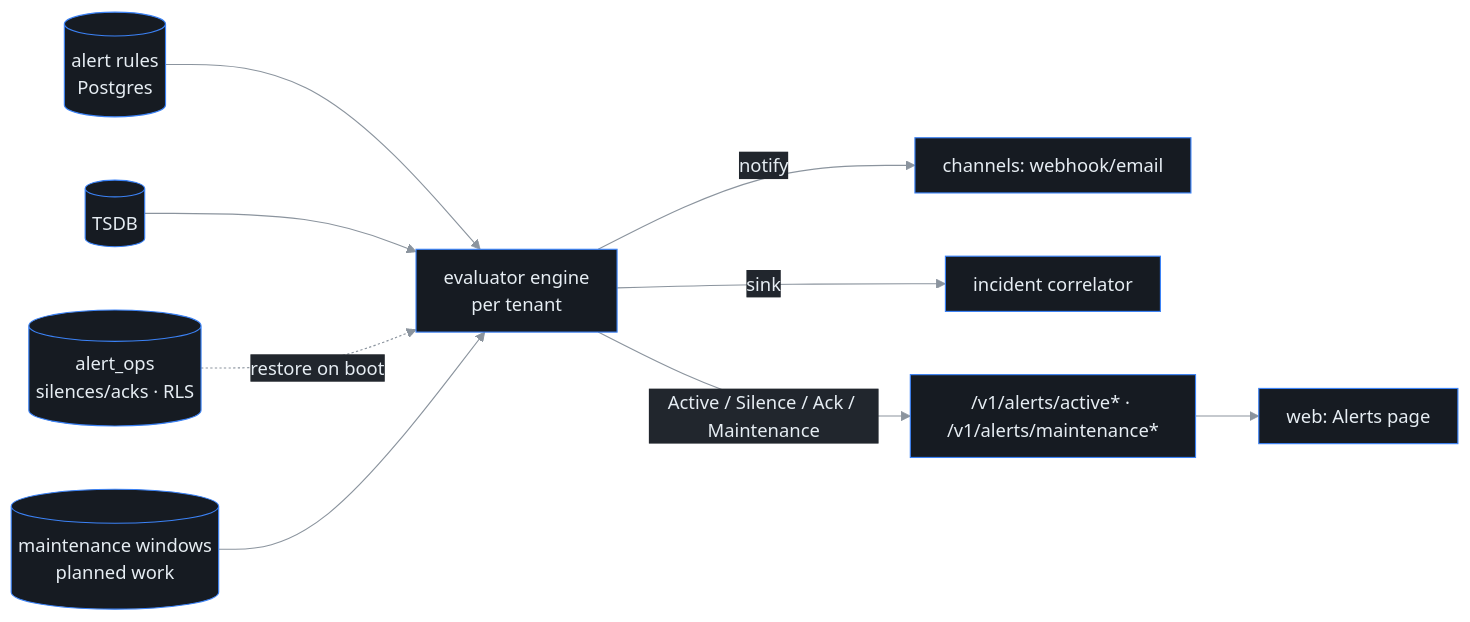
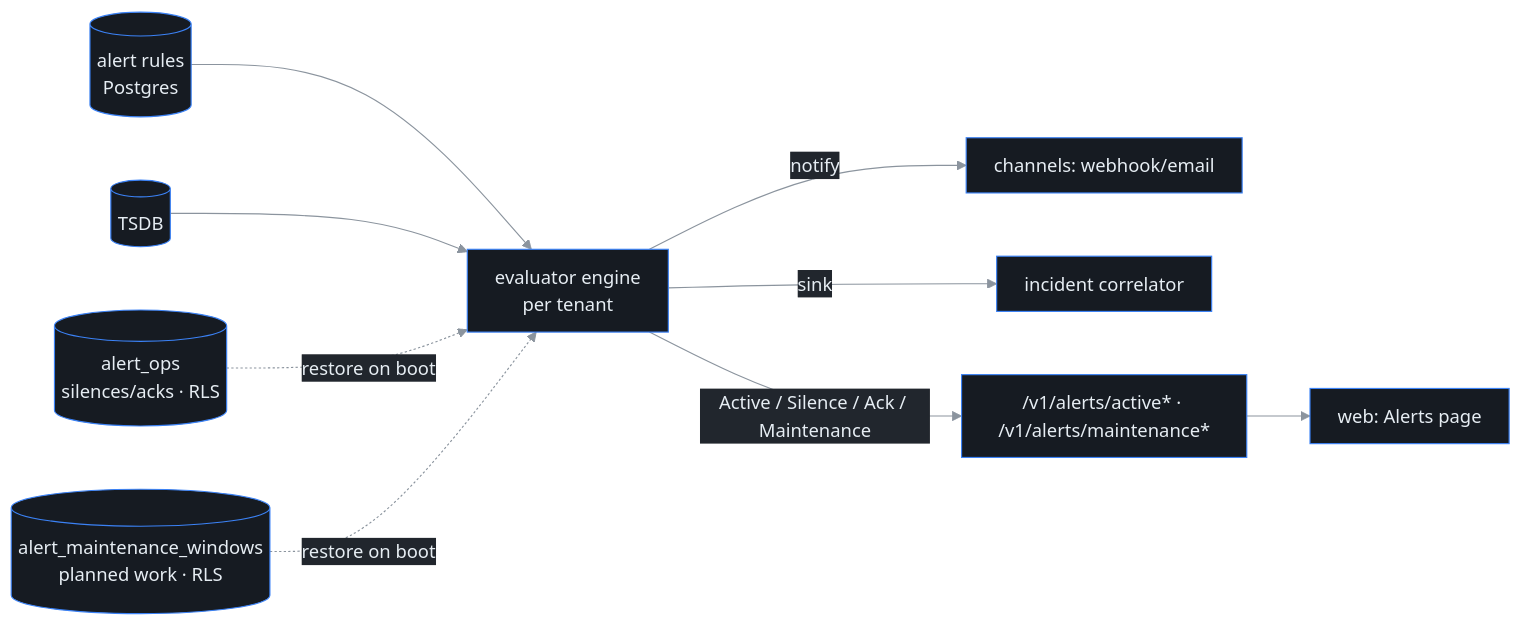
The diagram in docs/alerting.md (ctlplne/probectl), drawn with Mermaid before and after one commit. The commit also changed other lines of this file and 25 other files, not shown here.

````diff
--- a/docs/alerting.md
+++ b/docs/alerting.md
@@ -50,12 +51,12 @@
 ```mermaid
 %%{init: {'theme':'base','themeVariables':{'background':'#0d1117','primaryColor':'#161b22','primaryTextColor':'#e6edf3','primaryBorderColor':'#3b82f6','lineColor':'#8b949e','secondaryColor':'#21262d','tertiaryColor':'#0d1117','clusterBkg':'#161b22','clusterBorder':'#30363d','fontFamily':'ui-monospace, SFMono-Regular, Menlo, monospace'},'flowchart':{'curve':'basis','nodeSpacing':55,'rankSpacing':55,'padding':12}}}%%
 flowchart LR
   R[(alert rules\nPostgres)] --> E[evaluator engine\nper tenant]
   T[(TSDB)] --> E
   O[(alert_ops\nsilences/acks · RLS)] -. restore on boot .-> E
-  M[(maintenance windows\nplanned work)] --> E
+  M[(alert_maintenance_windows\nplanned work · RLS)] -. restore on boot .-> E
   E -- notify --> C[channels: webhook/email]
   E -- sink --> I[incident correlator]
   E -- "Active / Silence / Ack / Maintenance" --> A["/v1/alerts/active* · /v1/alerts/maintenance*"]
   A --> W[web: Alerts page]
 ```
````
